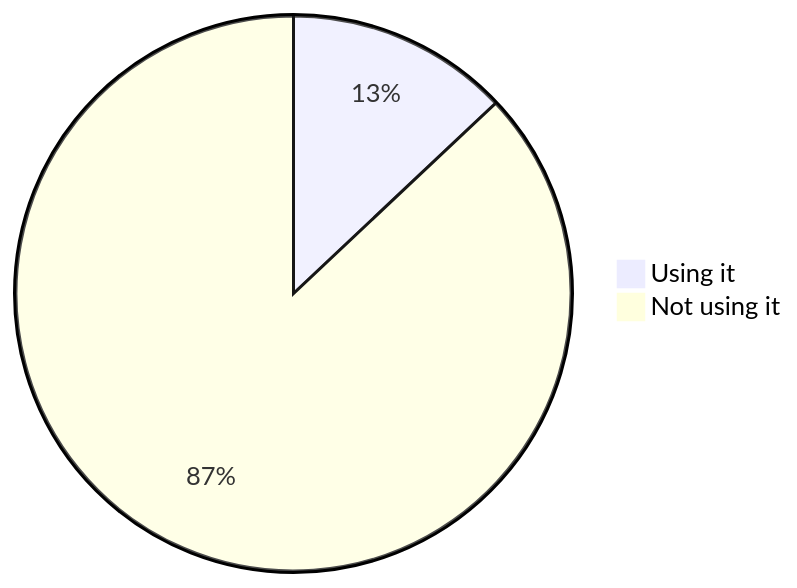
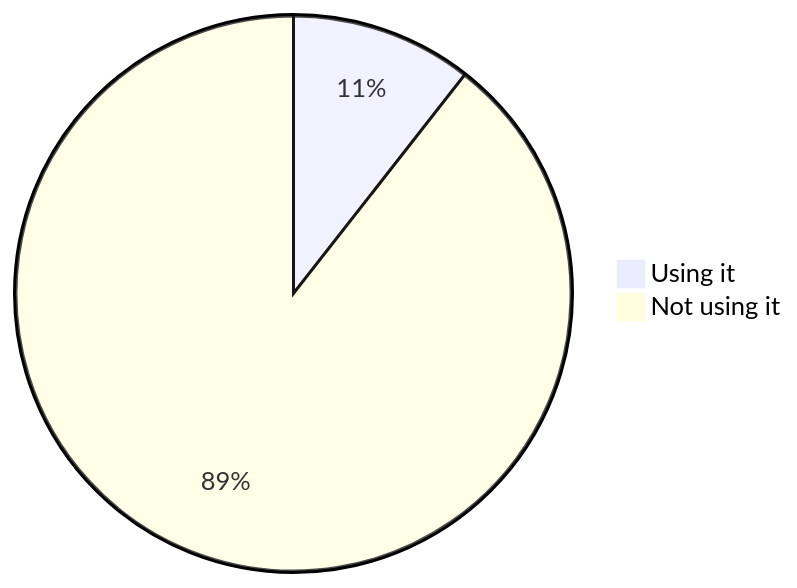
One commit to oshp/oshp-stats changed the fourth of 22 diagrams in stats.md. Above: the diagram before and after it, drawn with Mermaid. The commit also changed other lines of this file, not shown here.

````diff
--- a/stats.md
+++ b/stats.md
@@ -46,6 +46,6 @@
 ```mermaid
 pie
-	"Using it" : 12.98
-	"Not using it" : 87.02
+	"Using it" : 10.57
+	"Not using it" : 89.43
 
 ```
````
